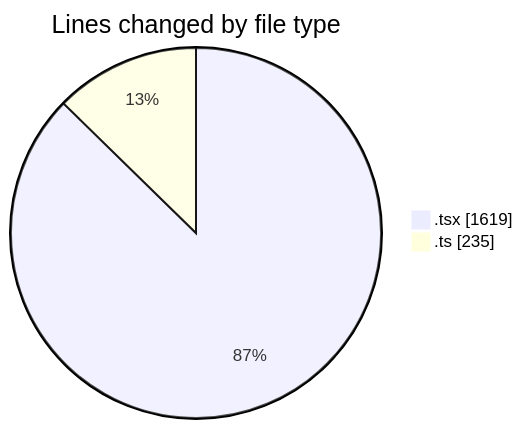
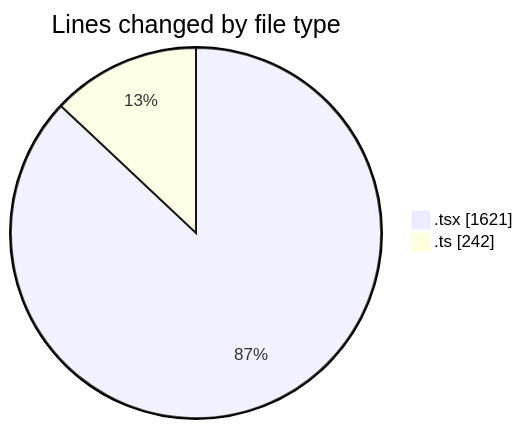
One commit to momahboobian/code-tracking changed the first of 2 diagrams in 2025-09-15/cda/README.md. Above: the diagram before and after it, drawn with Mermaid. The commit also changed other lines of this file and 1 other file, not shown here.

````diff
--- a/2025-09-15/cda/README.md
+++ b/2025-09-15/cda/README.md
@@ -23,6 +24,6 @@
 ```mermaid
 pie showData
 title Lines changed by file type
-".tsx" : 1619
-".ts" : 235
+".tsx" : 1621
+".ts" : 242
 ```
````
